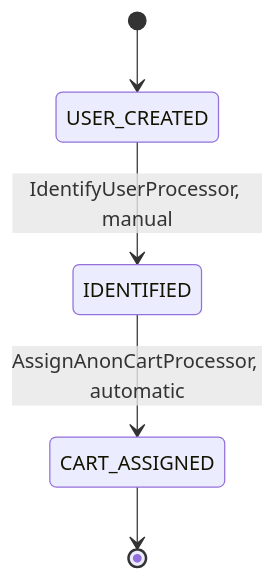
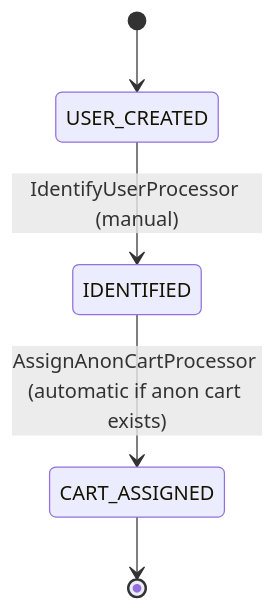
One commit to Cyoda-platform/java-client-template changed the second of 5 diagrams in src/main/java/com/java_template/prototype/functional_requirement.md. Above: the diagram before and after it, drawn with Mermaid. The commit also changed other lines of this file, not shown here.

````diff
--- a/src/main/java/com/java_template/prototype/functional_requirement.md
+++ b/src/main/java/com/java_template/prototype/functional_requirement.md
@@ -84,7 +156,7 @@
 ```mermaid
 stateDiagram-v2
     [*] --> USER_CREATED
-    USER_CREATED --> IDENTIFIED : IdentifyUserProcessor, manual
-    IDENTIFIED --> CART_ASSIGNED : AssignAnonCartProcessor, automatic
+    USER_CREATED --> IDENTIFIED : IdentifyUserProcessor (manual)
+    IDENTIFIED --> CART_ASSIGNED : AssignAnonCartProcessor (automatic if anon cart exists)
     CART_ASSIGNED --> [*]
 ```
````
